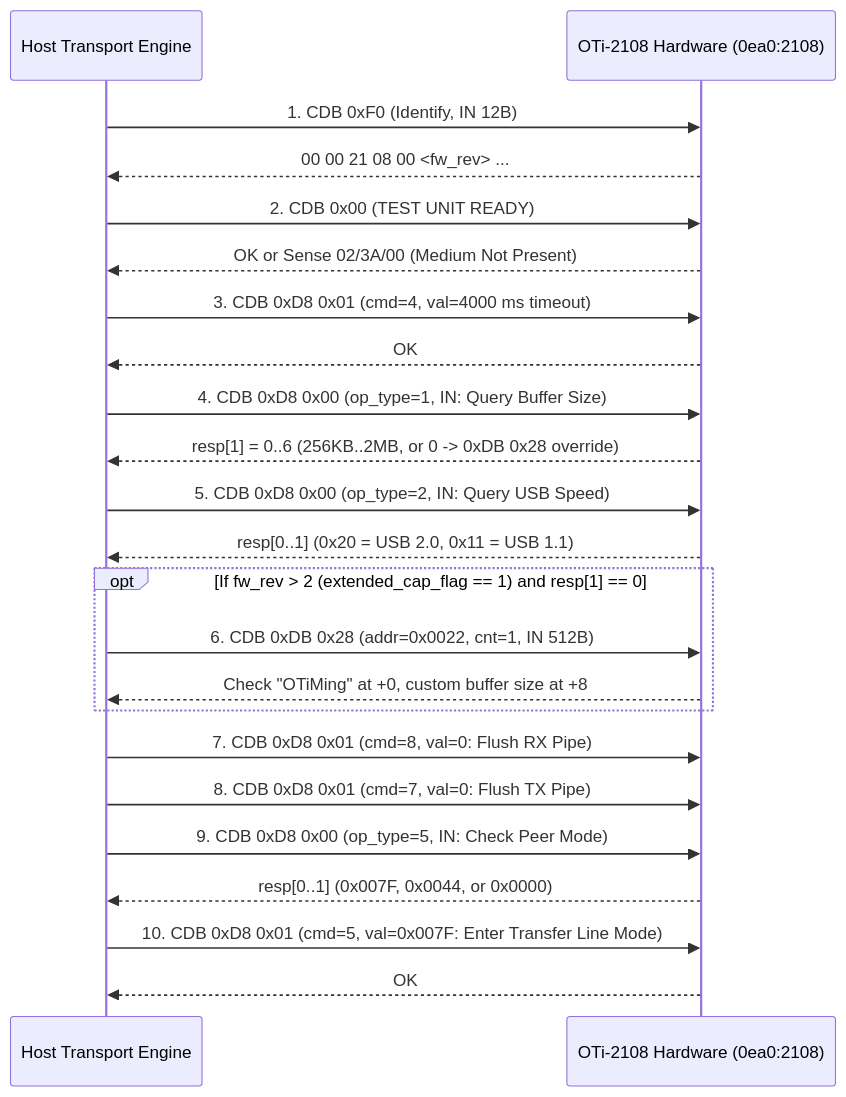
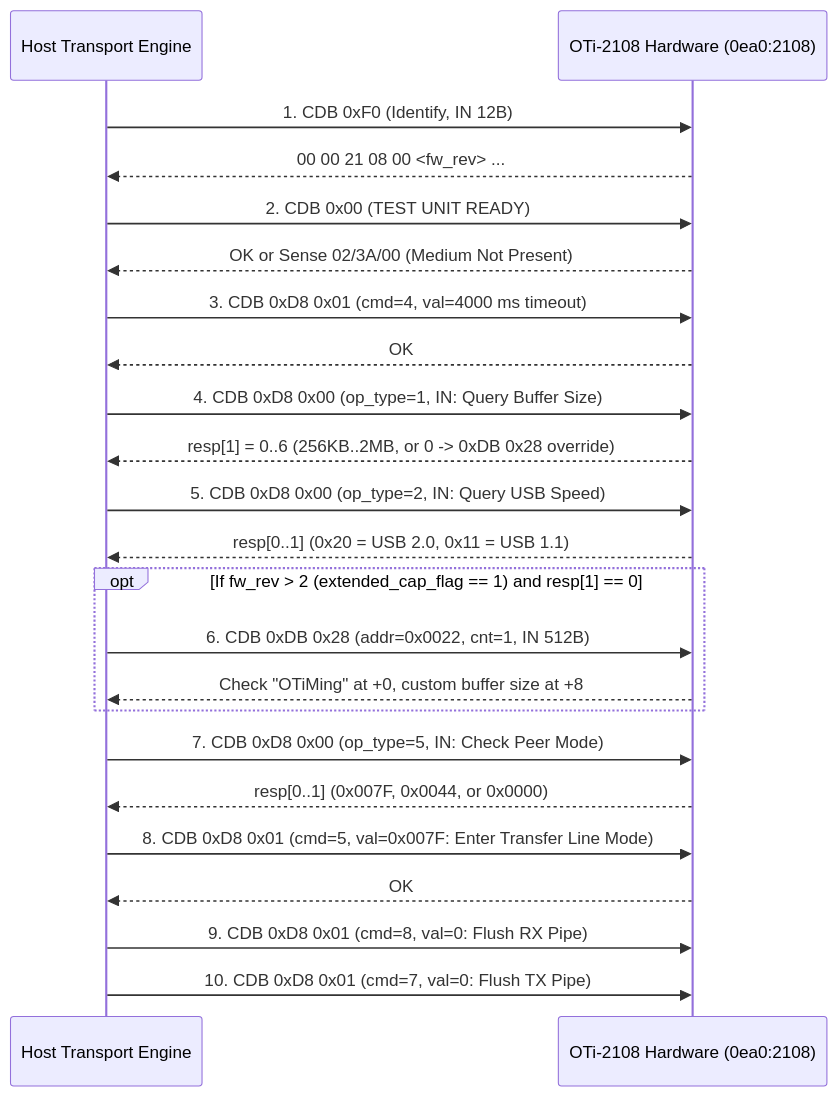
One commit to brlin-tw/easysync-cleanroom changed the diagram in specs/01-usb-and-scsi-transport-spec.md. Above: the diagram before and after it, drawn with Mermaid. The commit also changed other lines of this file and 2 other files, not shown here.

Commit message:
docs(specs): Document hardware pipe flushes after entering transfer line mode
Some investigation reveals thath ardware pipe flushes (CDB 0xD8 0x01
cmd=8 Flush RX, cmd=7 Flush TX) are executed immediately AFTER setting
Transfer Line Mode (0x007F), rather than before.

- Reorder steps in Section 5 sequence diagram of
  01-usb-and-scsi-transport-spec.md to reflect that cmd=8 and cmd=7 follow
  cmd=5 (0x007F).
- Document the link startup contention race condition where an early
  transmitted packet is purged from the bridge hardware FIFO by the peer's
  startup flush.
- Update Section 4.1 startup workflow in
  03-application-functional-and-ui-spec.md.
- Add *.pcap and *.pcapng to .gitignore to prevent temporary packet capture
  dumps from breaking repository linting.

````diff
--- a/specs/01-usb-and-scsi-transport-spec.md
+++ b/specs/01-usb-and-scsi-transport-spec.md
@@ -284,26 +284,26 @@
 ```mermaid
 sequenceDiagram
     participant Host as Host Transport Engine
     participant Bridge as OTi-2108 Hardware (0ea0:2108)
 
     Host->>Bridge: 1. CDB 0xF0 (Identify, IN 12B)
     Bridge-->>Host: 00 00 21 08 00 <fw_rev> ...
     Host->>Bridge: 2. CDB 0x00 (TEST UNIT READY)
     Bridge-->>Host: OK or Sense 02/3A/00 (Medium Not Present)
     Host->>Bridge: 3. CDB 0xD8 0x01 (cmd=4, val=4000 ms timeout)
     Bridge-->>Host: OK
     Host->>Bridge: 4. CDB 0xD8 0x00 (op_type=1, IN: Query Buffer Size)
     Bridge-->>Host: resp[1] = 0..6 (256KB..2MB, or 0 -> 0xDB 0x28 override)
     Host->>Bridge: 5. CDB 0xD8 0x00 (op_type=2, IN: Query USB Speed)
     Bridge-->>Host: resp[0..1] (0x20 = USB 2.0, 0x11 = USB 1.1)
     opt If fw_rev > 2 (extended_cap_flag == 1) and resp[1] == 0
         Host->>Bridge: 6. CDB 0xDB 0x28 (addr=0x0022, cnt=1, IN 512B)
         Bridge-->>Host: Check "OTiMing" at +0, custom buffer size at +8
     end
-    Host->>Bridge: 7. CDB 0xD8 0x01 (cmd=8, val=0: Flush RX Pipe)
-    Host->>Bridge: 8. CDB 0xD8 0x01 (cmd=7, val=0: Flush TX Pipe)
-    Host->>Bridge: 9. CDB 0xD8 0x00 (op_type=5, IN: Check Peer Mode)
+    Host->>Bridge: 7. CDB 0xD8 0x00 (op_type=5, IN: Check Peer Mode)
     Bridge-->>Host: resp[0..1] (0x007F, 0x0044, or 0x0000)
-    Host->>Bridge: 10. CDB 0xD8 0x01 (cmd=5, val=0x007F: Enter Transfer Line Mode)
+    Host->>Bridge: 8. CDB 0xD8 0x01 (cmd=5, val=0x007F: Enter Transfer Line Mode)
     Bridge-->>Host: OK
+    Host->>Bridge: 9. CDB 0xD8 0x01 (cmd=8, val=0: Flush RX Pipe)
+    Host->>Bridge: 10. CDB 0xD8 0x01 (cmd=7, val=0: Flush TX Pipe)
 ```
````
